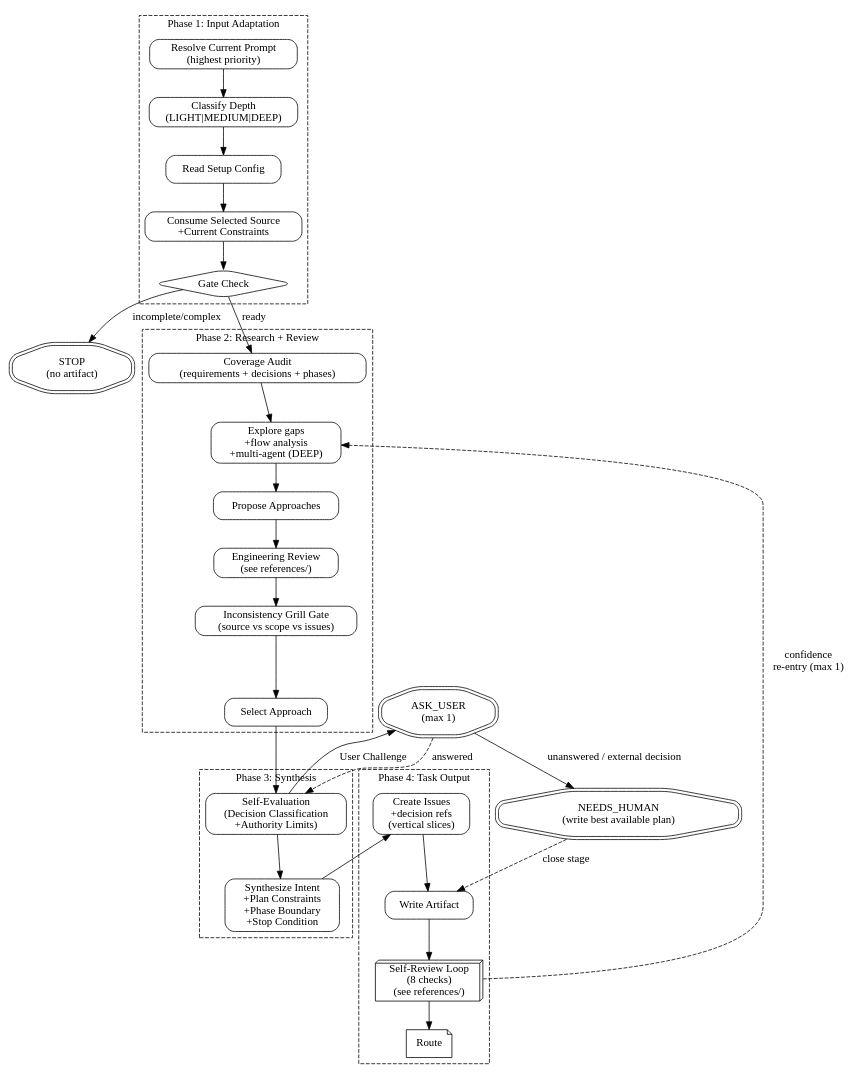
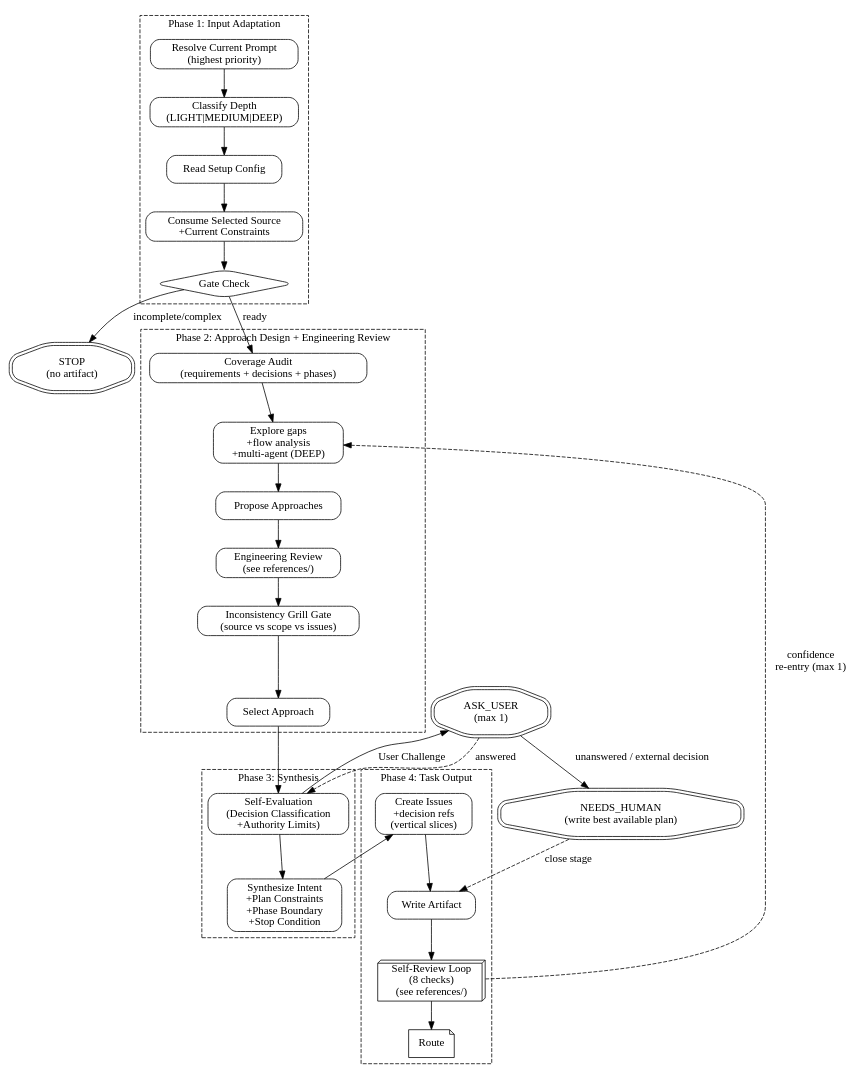
Before and after one commit to feng-y/pge: the diagram in skills/pge-plan/SKILL.md, drawn with Graphviz. The commit also changed other lines of this file, not shown here.

Commit message:
feat(research-plan-boundary-rework): update plan to own migrated capabilities [pge-exec issue 2]

````diff
--- a/skills/pge-plan/SKILL.md
+++ b/skills/pge-plan/SKILL.md
@@ -53,64 +57,64 @@
 ```dot
 digraph pge_plan {
   rankdir=TB;
   node [shape=box, style=rounded];
 
   subgraph cluster_phase1 {
     label="Phase 1: Input Adaptation";
     style=dashed;
     resolve_input [label="Resolve Current Prompt\n(highest priority)"];
     classify_depth [label="Classify Depth\n(LIGHT|MEDIUM|DEEP)"];
     read_config [label="Read Setup Config"];
     consume_upstream [label="Consume Selected Source\n+Current Constraints"];
     gate_check [label="Gate Check", shape=diamond];
     resolve_input -> classify_depth -> read_config -> consume_upstream -> gate_check;
   }
 
   gate_stop [label="STOP\n(no artifact)", shape=doubleoctagon];
   gate_check -> gate_stop [label="incomplete/complex"];
 
   subgraph cluster_phase2 {
-    label="Phase 2: Research + Review";
+    label="Phase 2: Approach Design + Engineering Review";
     style=dashed;
     coverage_audit [label="Coverage Audit\n(requirements + decisions + phases)"];
     explore [label="Explore gaps\n+flow analysis\n+multi-agent (DEEP)"];
     propose [label="Propose Approaches"];
     eng_review [label="Engineering Review\n(see references/)"];
     grill_gate [label="Inconsistency Grill Gate\n(source vs scope vs issues)"];
     select_approach [label="Select Approach"];
     coverage_audit -> explore -> propose -> eng_review -> grill_gate -> select_approach;
   }
 
   gate_check -> coverage_audit [label="ready"];
 
   subgraph cluster_phase3 {
     label="Phase 3: Synthesis";
     style=dashed;
     self_eval [label="Self-Evaluation\n(Decision Classification\n+Authority Limits)"];
     synthesize [label="Synthesize Intent\n+Plan Constraints\n+Phase Boundary\n+Stop Condition"];
     self_eval -> synthesize;
   }
 
   authority_ask [label="ASK_USER\n(max 1)", shape=doubleoctagon];
   needs_human [label="NEEDS_HUMAN\n(write best available plan)", shape=doubleoctagon];
   self_eval -> authority_ask [label="User Challenge"];
   authority_ask -> self_eval [label="answered", style=dashed];
   authority_ask -> needs_human [label="unanswered / external decision"];
 
   select_approach -> self_eval;
 
   subgraph cluster_phase4 {
     label="Phase 4: Task Output";
     style=dashed;
     create_issues [label="Create Issues\n+decision refs\n(vertical slices)"];
     write_artifact [label="Write Artifact"];
     self_review [label="Self-Review Loop\n(8 checks)\n(see references/)", shape=box3d];
     route [label="Route", shape=note];
     create_issues -> write_artifact -> self_review -> route;
   }
 
   synthesize -> create_issues;
   needs_human -> write_artifact [label="close stage", style=dashed];
   self_review -> explore [label="confidence\nre-entry (max 1)", style=dashed];
 }
 ```
````
